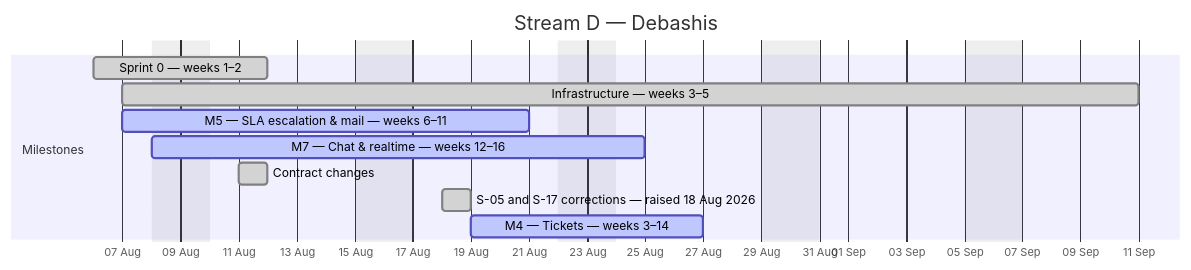
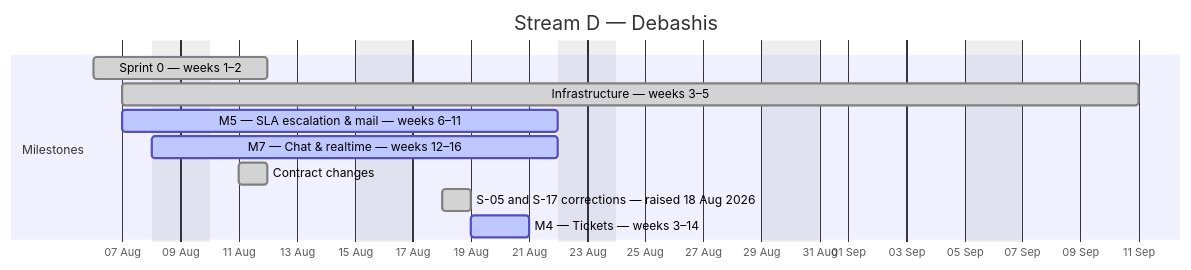
One commit to debashisedunext/EduTrack changed the fourth of 4 diagrams in docs/plan/GANTT.md. Above: the diagram before and after it, drawn with Mermaid. The commit also changed other lines of this file and 3 other files, not shown here.

````diff
--- a/docs/plan/GANTT.md
+++ b/docs/plan/GANTT.md
@@ -130,15 +130,15 @@
 ```mermaid
 gantt
     dateFormat YYYY-MM-DD
     axisFormat %d %b
     title Stream D — Debashis
     excludes weekends
     section Milestones
     Sprint 0 — weeks 1–2 :done, d0, 2026-08-06, 4d
     Infrastructure — weeks 3–5 :done, d1, 2026-08-07, 25d
-    M5 — SLA  escalation & mail — weeks 6–11 :active, d2, 2026-08-07, 10d
-    M7 — Chat & realtime — weeks 12–16 :active, d3, 2026-08-08, 12d
+    M5 — SLA  escalation & mail — weeks 6–11 :active, d2, 2026-08-07, 11d
+    M7 — Chat & realtime — weeks 12–16 :active, d3, 2026-08-08, 11d
     Contract changes :done, d4, 2026-08-11, 1d
     S-05 and S-17 corrections — raised 18 Aug 2026 :done, d5, 2026-08-18, 1d
-    M4 — Tickets — weeks 3–14 :active, d6, 2026-08-19, 6d
+    M4 — Tickets — weeks 3–14 :active, d6, 2026-08-19, 2d
 ```
````
